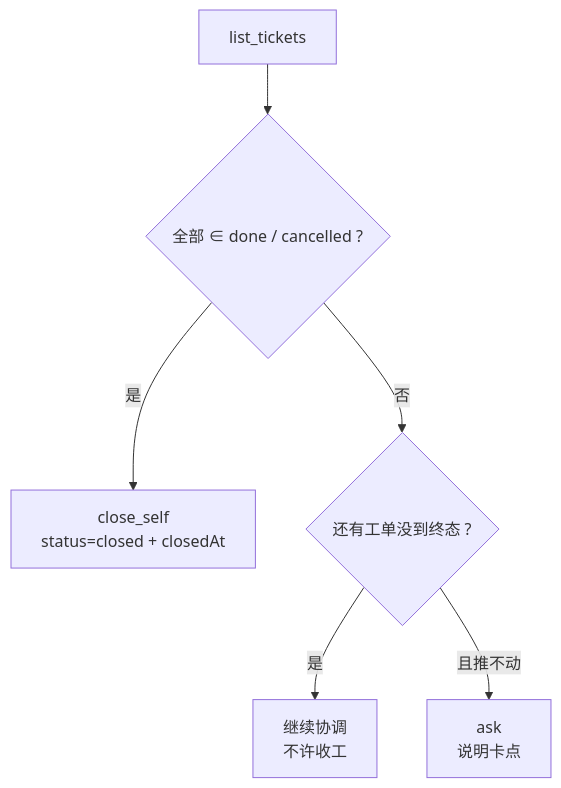
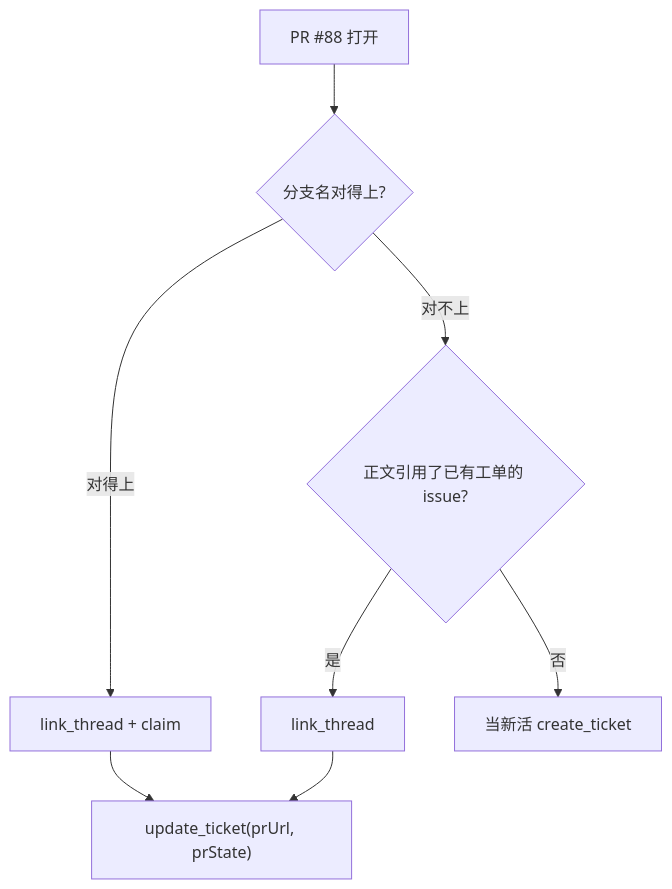
One commit to hairyf/dsh-nexus changed diagram 17 of 21 in docs/flow.md. Above: the diagram before and after it, drawn with Mermaid. The commit also changed other lines of this file and 9 other files, not shown here.

````diff
--- a/docs/flow.md
+++ b/docs/flow.md
@@ -497,8 +463,10 @@
 ```mermaid
 flowchart TD
-    A["list_tickets"] --> B{"全部 ∈ done / cancelled ?"}
-    B -->|是| C["close_self<br/>status=closed + closedAt"]
-    B -->|否| D{"还有工单没到终态 ?"}
-    D -->|是| E["继续协调<br/>不许收工"]
-    D -->|"且推不动"| F["ask<br/>说明卡点"]
+    A["PR #88 打开"] --> B{"分支名对得上?"}
+    B -->|"对得上"| D["link_thread + claim"]
+    B -->|"对不上"| E{"正文引用了已有工单的 issue?"}
+    E -->|是| F["link_thread"]
+    E -->|否| G["当新活 create_ticket"]
+    D --> H["update_ticket(prUrl, prState)"]
+    F --> H
 ```
````
